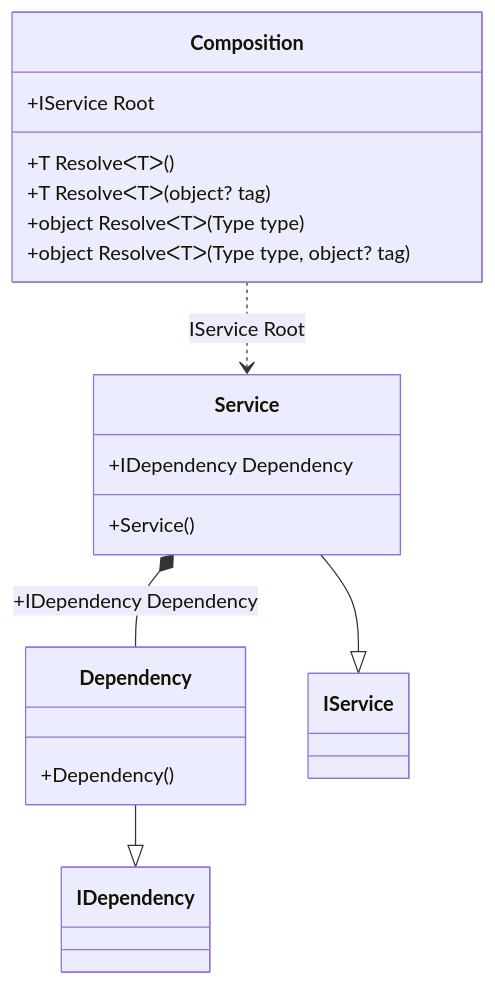
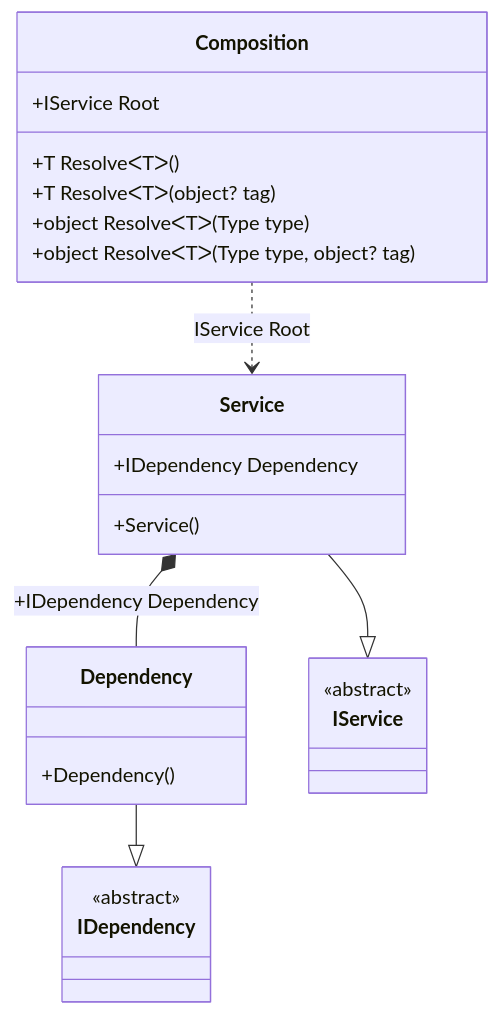
Diagram 12 of 35 in readme/Examples.md (DevTeam/Pure.DI), drawn with Mermaid before and after one commit. The commit also changed other lines of this file and 3 other files, not shown here.

````diff
--- a/readme/Examples.md
+++ b/readme/Examples.md
@@ -817,21 +883,27 @@
 ```mermaid
 classDiagram
-class Composition {
-+IService Root
-+T ResolveᐸTᐳ()
-+T ResolveᐸTᐳ(object? tag)
-+object ResolveᐸTᐳ(Type type)
-+object ResolveᐸTᐳ(Type type, object? tag)
-}
-Dependency --|> IDependency : 
-class Dependency {
-+Dependency()
-}
-Service --|> IService : 
-class Service {
-+Service()
-+IDependency Dependency
-}
-Service *--  Dependency : +IDependency Dependency
-Composition ..> Service : IService Root
+  class Composition {
+    +IService Root
+    +T ResolveᐸTᐳ()
+    +T ResolveᐸTᐳ(object? tag)
+    +object ResolveᐸTᐳ(Type type)
+    +object ResolveᐸTᐳ(Type type, object? tag)
+  }
+  Dependency --|> IDependency : 
+  class Dependency {
+    +Dependency()
+  }
+  Service --|> IService : 
+  class Service {
+    +Service()
+    +IDependency Dependency
+  }
+  class IDependency {
+    <<abstract>>
+  }
+  class IService {
+    <<abstract>>
+  }
+  Service *--  Dependency : +IDependency Dependency
+  Composition ..> Service : IService Root
 ```
````
